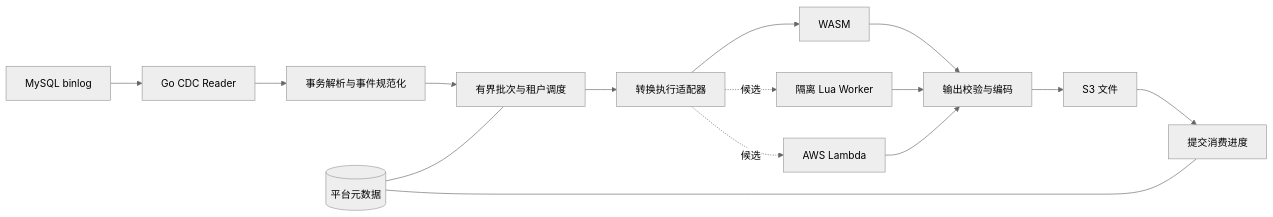
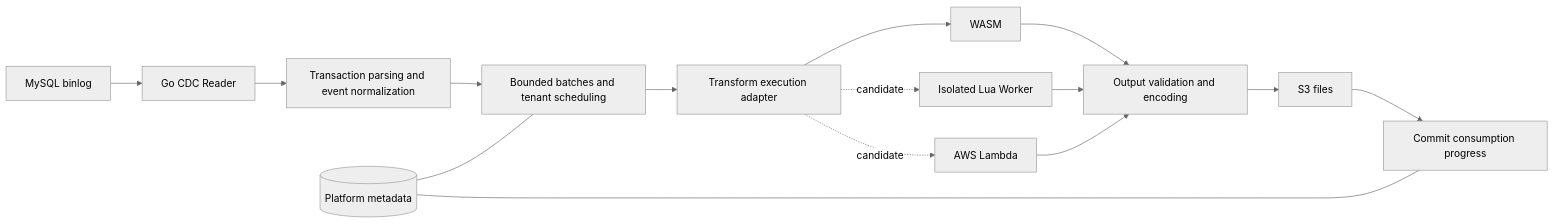
One commit to xuanyu66/go-cdc-etl changed the diagram in docs/design.md. Above: the diagram before and after it, drawn with Mermaid (neutral theme). The commit also changed other lines of this file and 8 other files, not shown here.

````diff
--- a/docs/design.md
+++ b/docs/design.md
@@ -26,17 +26,17 @@
 ```mermaid
 flowchart LR
     M[MySQL binlog] --> R[Go CDC Reader]
-    R --> T[事务解析与事件规范化]
-    T --> B[有界批次与租户调度]
-    B --> X[转换执行适配器]
+    R --> T[Transaction parsing and event normalization]
+    T --> B[Bounded batches and tenant scheduling]
+    B --> X[Transform execution adapter]
     X --> W[WASM]
-    X -.候选.-> L[隔离 Lua Worker]
-    X -.候选.-> A[AWS Lambda]
-    W --> V[输出校验与编码]
+    X -.candidate.-> L[Isolated Lua Worker]
+    X -.candidate.-> A[AWS Lambda]
+    W --> V[Output validation and encoding]
     L --> V
     A --> V
-    V --> S[S3 文件]
-    S --> C[提交消费进度]
-    D[(平台元数据)] --- B
+    V --> S[S3 files]
+    S --> C[Commit consumption progress]
+    D[(Platform metadata)] --- B
     D --- C
 ```
````
